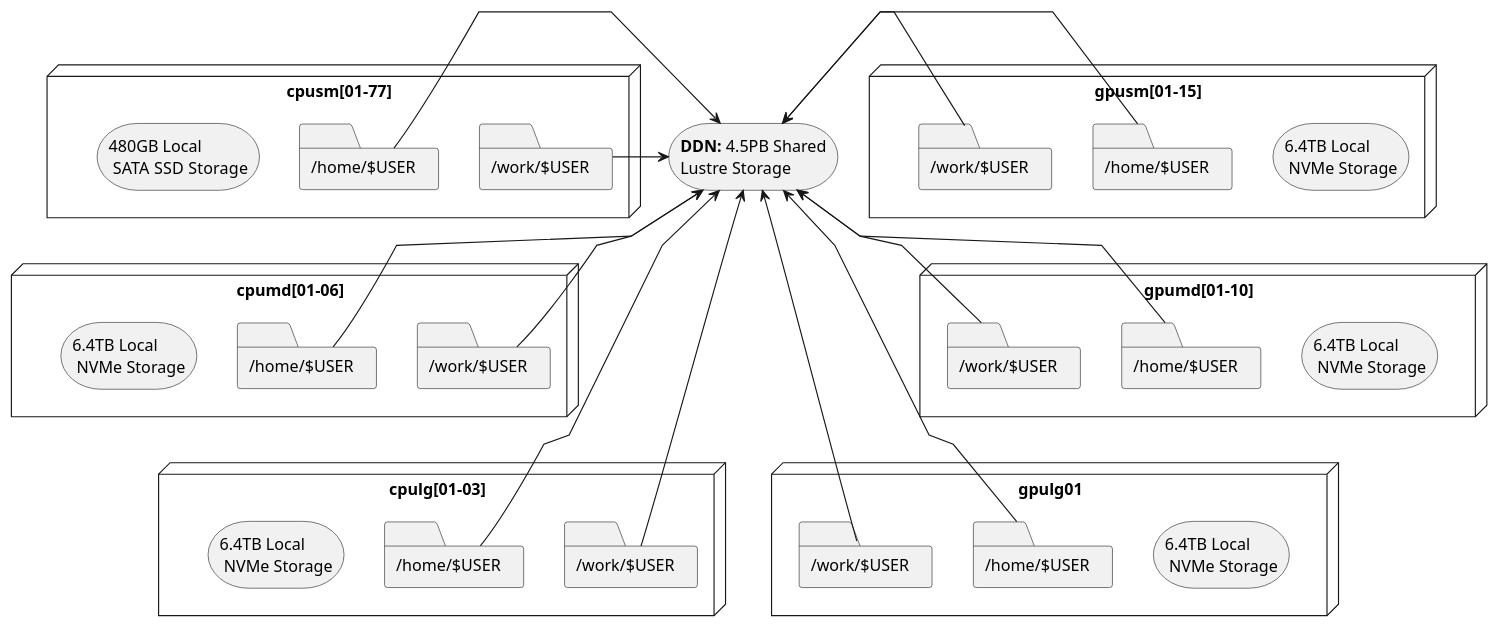
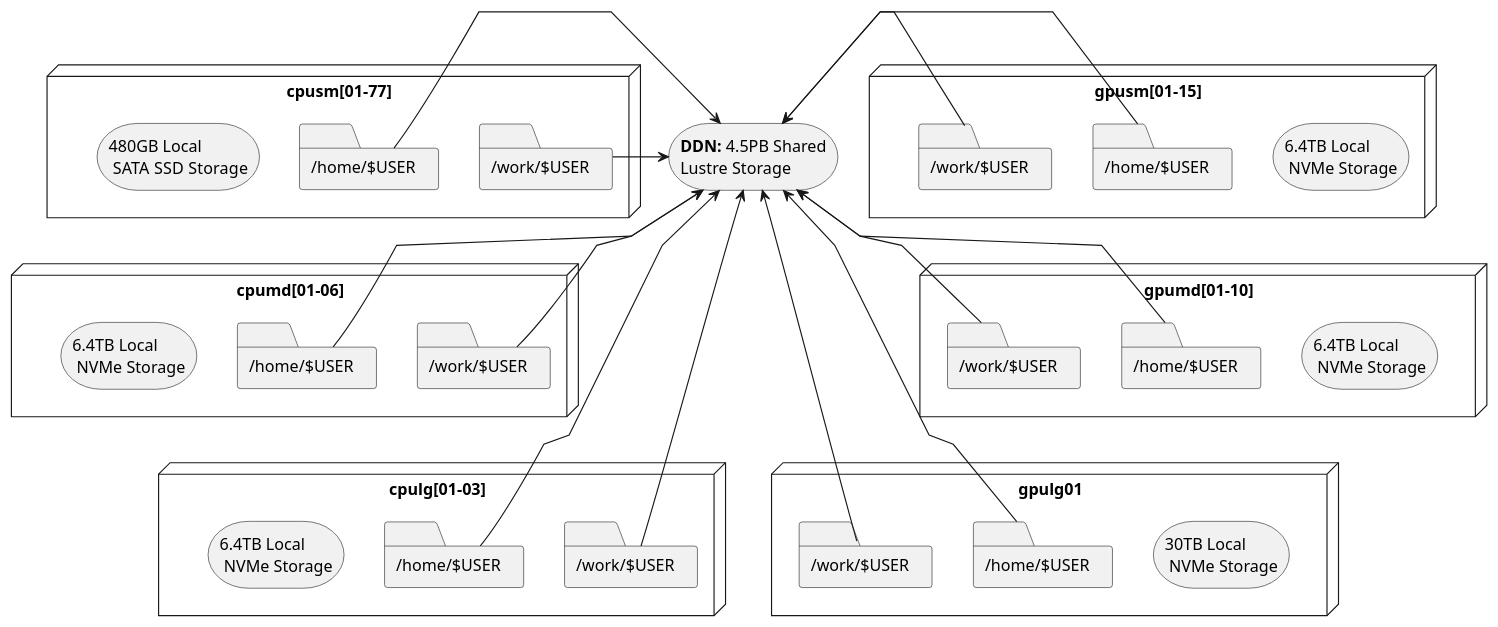
One commit to ularc/zurada changed the diagram in guides/storage/images/logical_storage_architecture.puml. Above: the diagram before and after it, drawn with PlantUML. The commit also changed 2 other files, not shown here.

Commit message:
update storage section to clarify storage locations

```diff
--- a/guides/storage/images/logical_storage_architecture.puml
+++ b/guides/storage/images/logical_storage_architecture.puml
@@ -1,92 +1,92 @@
-@startuml
+@startuml logical_storage_architecture
 skinparam linetype polyline
 
 storage "<b>DDN:</b> 4.5PB Shared\nLustre Storage" as ddn
 
 node "cpusm[01-77]" as cpusm {
   folder "/home/$USER" as cpusm_home {
   }
   folder "/work/$USER" as cpusm_work {
   }
   storage "480GB Local\n SATA SSD Storage" as cpusm_storage
 }
 
 cpusm_storage -[hidden]right-> cpusm_home
 cpusm_home -[hidden]right-> cpusm_work
 
 node "cpumd[01-06]" as cpumd {
   folder "/home/$USER" as cpumd_home {
   }
   folder "/work/$USER" as cpumd_work {
   }
   storage "6.4TB Local\n NVMe Storage" as cpumd_storage
 }
 
 cpumd_storage -[hidden]right-> cpumd_home
 cpumd_home -[hidden]right-> cpumd_work
 
 node "cpulg[01-03]" as cpulg {
   folder "/home/$USER" as cpulg_home {
   }
   folder "/work/$USER" as cpulg_work {
   }
   storage "6.4TB Local\n NVMe Storage" as cpulg_storage
 }
 
 cpulg_storage -[hidden]right-> cpulg_home
 cpulg_home -[hidden]right-> cpulg_work
 
 node "gpusm[01-15]" as gpusm {
   folder "/home/$USER" as gpusm_home {
   }
   folder "/work/$USER" as gpusm_work {
   }
   storage "6.4TB Local\n NVMe Storage" as gpusm_storage
 }
 
 gpusm_work -[hidden]right-> gpusm_home
 gpusm_home -[hidden]right-> gpusm_storage
 
 node "gpumd[01-10]" as gpumd {
   folder "/home/$USER" as gpumd_home {
   }
   folder "/work/$USER" as gpumd_work {
   }
   storage "6.4TB Local\n NVMe Storage" as gpumd_storage
 }
 
 gpumd_work -[hidden]right-> gpumd_home
 gpumd_home -[hidden]right-> gpumd_storage
 
 node "gpulg01" as gpulg {
   folder "/home/$USER" as gpulg_home {
   }
   folder "/work/$USER" as gpulg_work {
   }
-  storage "6.4TB Local\n NVMe Storage" as gpulg_storage
+  storage "30TB Local\n NVMe Storage" as gpulg_storage
 }
 
 gpulg_work -[hidden]right-> gpulg_home
 gpulg_home -[hidden]right-> gpulg_storage
 
 cpusm -[hidden]down-> cpumd
 cpumd -[hidden]down-> cpulg
 
 gpusm -[hidden]down-> gpumd
 gpumd -[hidden]down-> gpulg
 
 ddn <- cpusm_work
 ddn <- cpumd_work
 ddn <- cpulg_work
 ddn <- cpusm_home
 ddn <- cpumd_home
 ddn <- cpulg_home
 
 ddn <- gpusm_work
 ddn <- gpumd_work
 ddn <- gpulg_work
 ddn <- gpusm_home
 ddn <- gpumd_home
 ddn <- gpulg_home
 
 @enduml
```
